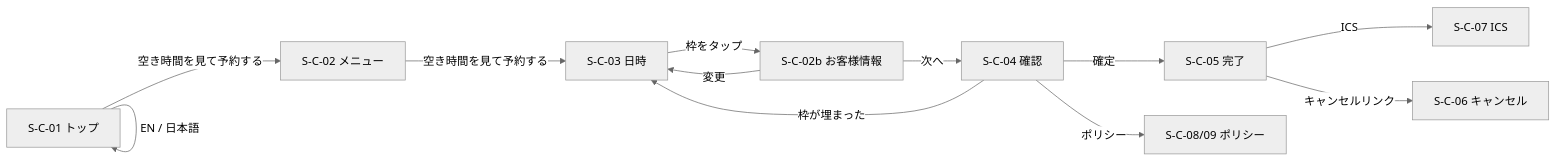
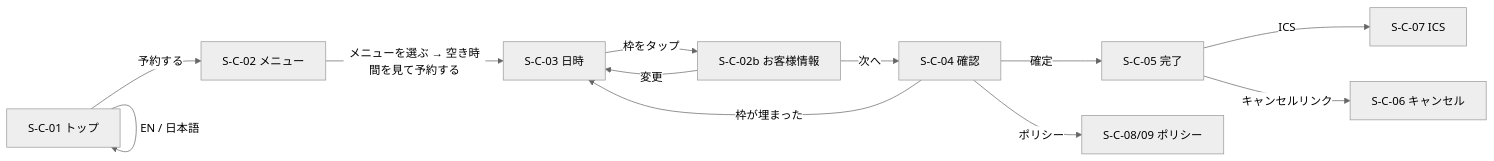
The fourth of 5 diagrams in docs/02_requirements/requirements.md (kaz-ma/barber-booking), drawn with Mermaid (neutral theme) before and after one commit. The commit also changed other lines of this file and 27 other files, not shown here.

````diff
--- a/docs/02_requirements/requirements.md
+++ b/docs/02_requirements/requirements.md
@@ -324,14 +326,14 @@
 ```mermaid
 flowchart LR
-  T["S-C-01 トップ"] -->|"空き時間を見て予約する"| B1["S-C-02 メニュー"]
-  B1 -->|"空き時間を見て予約する"| B2["S-C-03 日時"]
+  T["S-C-01 トップ"] -->|"予約する"| B1["S-C-02 メニュー"]
+  B1 -->|"メニューを選ぶ → 空き時間を見て予約する"| B2["S-C-03 日時"]
   B2 -->|"枠をタップ"| B4["S-C-02b お客様情報"]
   B4 -->|"次へ"| B3["S-C-04 確認"]
   B4 -->|"変更"| B2
   B3 -->|"確定"| D["S-C-05 完了"]
   B3 -->|"枠が埋まった"| B2
   D -->|"ICS"| I["S-C-07 ICS"]
   D -->|"キャンセルリンク"| X["S-C-06 キャンセル"]
   B3 -->|"ポリシー"| P["S-C-08/09 ポリシー"]
   T -->|"EN / 日本語"| T
 ```
````
